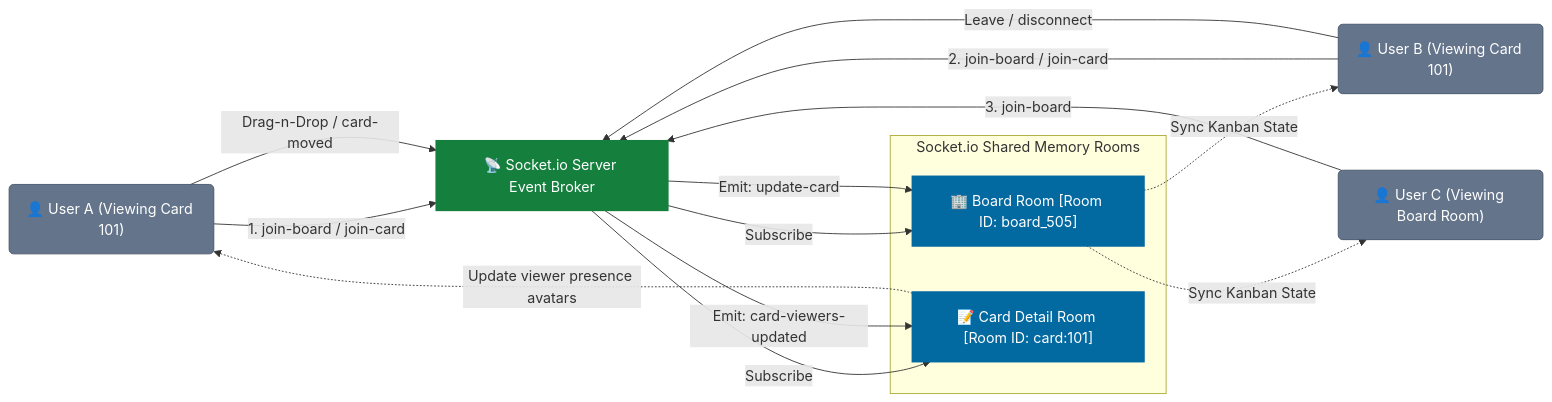
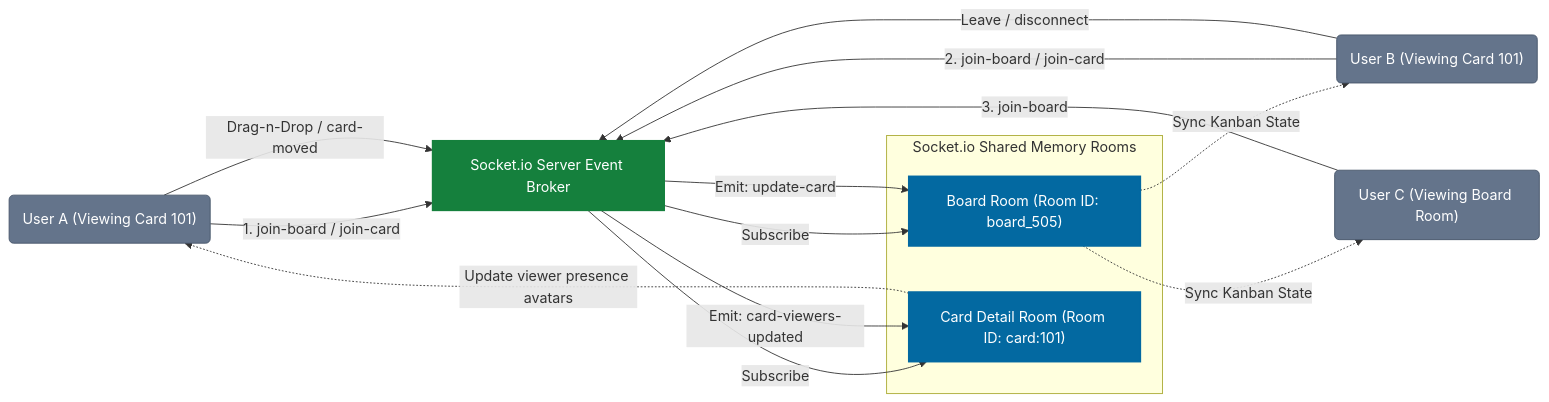
Before and after one commit to Abhijith-Sura/Task-Management-App: the third of 3 diagrams in README.md, drawn with Mermaid. The commit also changed other lines of this file and 2 other files, not shown here.

Commit message:
docs: remove emojis and add extensive flow explanations for newcomers to all READMEs

````diff
--- a/README.md
+++ b/README.md
@@ -121,39 +124,37 @@
 ```mermaid
 graph LR
-    %% Styling Classes
     classDef user fill:#64748b,stroke:#475569,stroke-width:1px,color:#fff;
     classDef room fill:#0369a1,stroke:#0369a1,stroke-width:2px,color:#fff;
     classDef broker fill:#15803d,stroke:#15803d,stroke-width:2px,color:#fff;
 
-    UserA("👤 User A (Viewing Card 101)")
-    UserB("👤 User B (Viewing Card 101)")
-    UserC("👤 User C (Viewing Board Room)")
+    UserA("User A (Viewing Card 101)")
+    UserB("User B (Viewing Card 101)")
+    UserC("User C (Viewing Board Room)")
     
     class UserA,UserB,UserC user;
 
     subgraph SocketRooms ["Socket.io Shared Memory Rooms"]
-        BoardRoom["🏢 Board Room [Room ID: board_505]"]
-        CardRoom["📝 Card Detail Room [Room ID: card:101]"]
+        BoardRoom["Board Room (Room ID: board_505)"]
+        CardRoom["Card Detail Room (Room ID: card:101)"]
     end
     class BoardRoom,CardRoom room;
 
-    Broker["📡 Socket.io Server Event Broker"]
+    Broker["Socket.io Server Event Broker"]
     class Broker broker;
 
     UserA -->|1. join-board / join-card| Broker
     UserB -->|2. join-board / join-card| Broker
     UserC -->|3. join-board| Broker
 
     Broker -->|Subscribe| BoardRoom
     Broker -->|Subscribe| CardRoom
 
-    %% Event dispatch
     UserA -->|Drag-n-Drop / card-moved| Broker
     Broker -->|Emit: update-card| BoardRoom
     BoardRoom -.->|Sync Kanban State| UserB
     BoardRoom -.->|Sync Kanban State| UserC
 
     UserB -->|Leave / disconnect| Broker
     Broker -->|Emit: card-viewers-updated| CardRoom
     CardRoom -.->|Update viewer presence avatars| UserA
 ```
````
